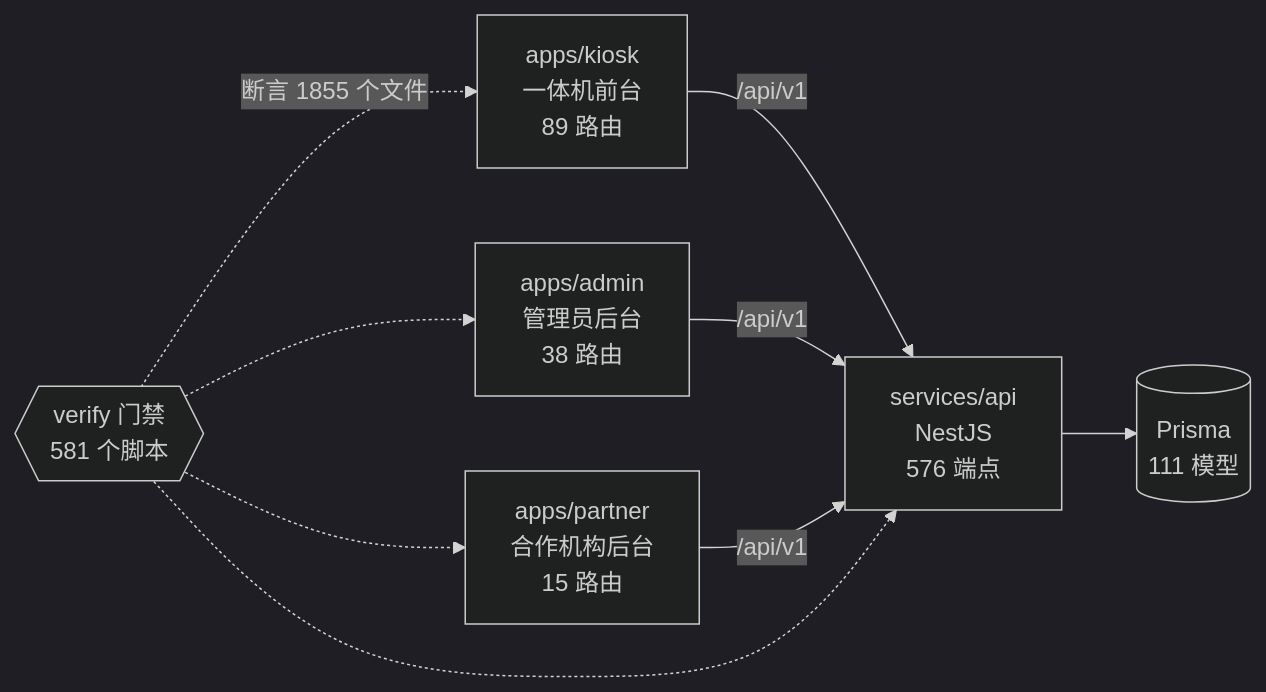
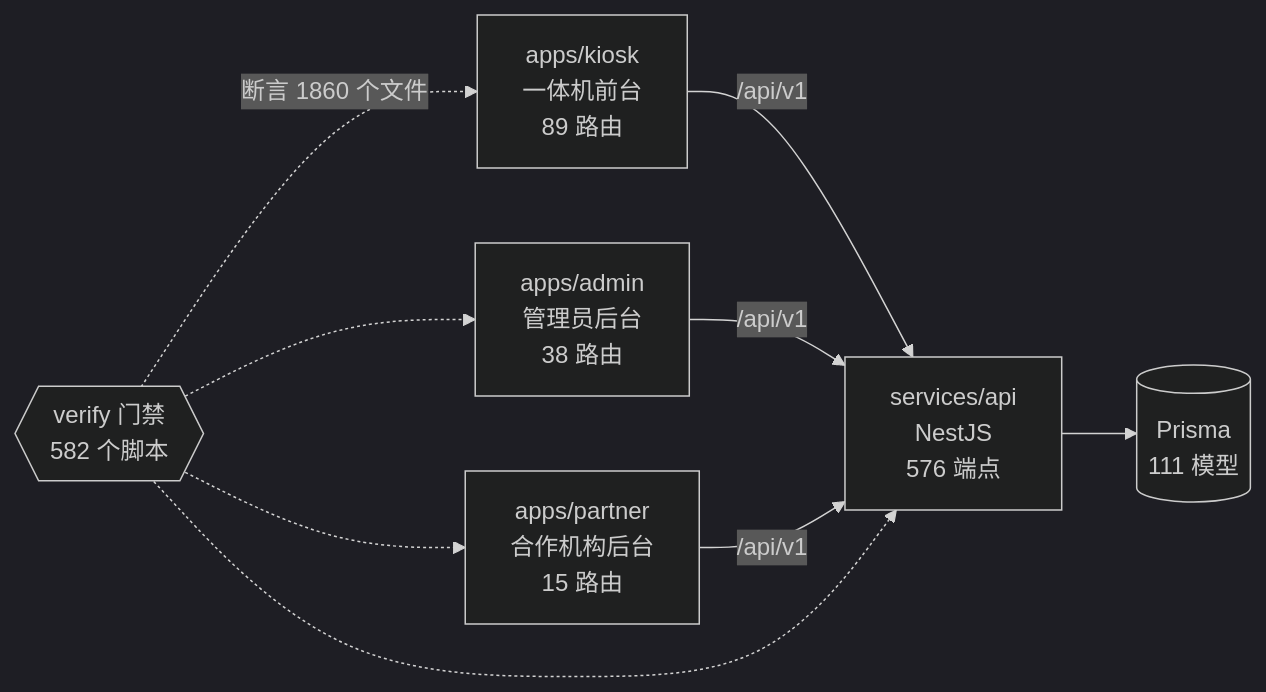
The diagram in docs/graph/README.md (wanglei581/YITIJI), drawn with Mermaid (dark theme) before and after one commit. The commit also changed other lines of this file and 4 other files, not shown here.

Commit message:
chore(graph): 第 10 批重生图谱

````diff
--- a/docs/graph/README.md
+++ b/docs/graph/README.md
@@ -68,18 +68,18 @@
 ```mermaid
 flowchart LR
   kiosk["apps/kiosk<br/>一体机前台<br/>89 路由"]
   admin["apps/admin<br/>管理员后台<br/>38 路由"]
   partner["apps/partner<br/>合作机构后台<br/>15 路由"]
   api["services/api<br/>NestJS<br/>576 端点"]
   db[("Prisma<br/>111 模型")]
-  gates{{"verify 门禁<br/>581 个脚本"}}
+  gates{{"verify 门禁<br/>582 个脚本"}}
 
   kiosk -->|"/api/v1"| api
   admin -->|"/api/v1"| api
   partner -->|"/api/v1"| api
   api --> db
-  gates -.->|"断言 1855 个文件"| kiosk
+  gates -.->|"断言 1860 个文件"| kiosk
   gates -.-> admin
   gates -.-> partner
   gates -.-> api
 ```
````
